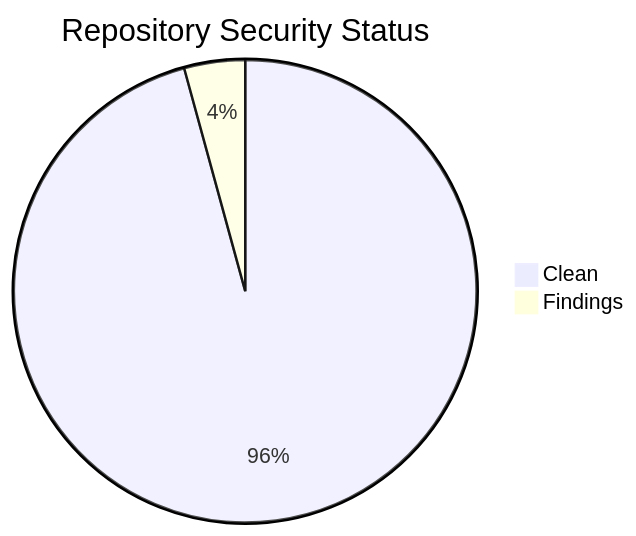
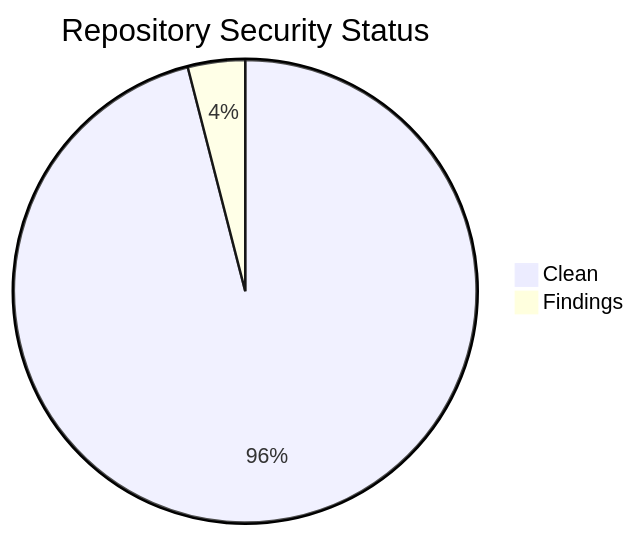
Before and after one commit to icepaule/icepaule.github.io: the second of 2 diagrams in projects/status.md, drawn with Mermaid. The commit also changed other lines of this file and 7 other files, not shown here.

````diff
--- a/projects/status.md
+++ b/projects/status.md
@@ -110,5 +113,5 @@
 ```mermaid
 pie title Repository Security Status
-    "Clean" : 45
+    "Clean" : 48
     "Findings" : 2
 ```
````
